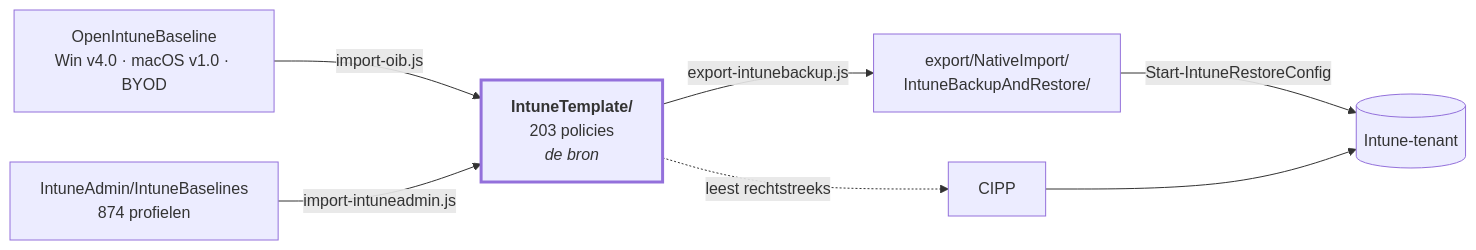
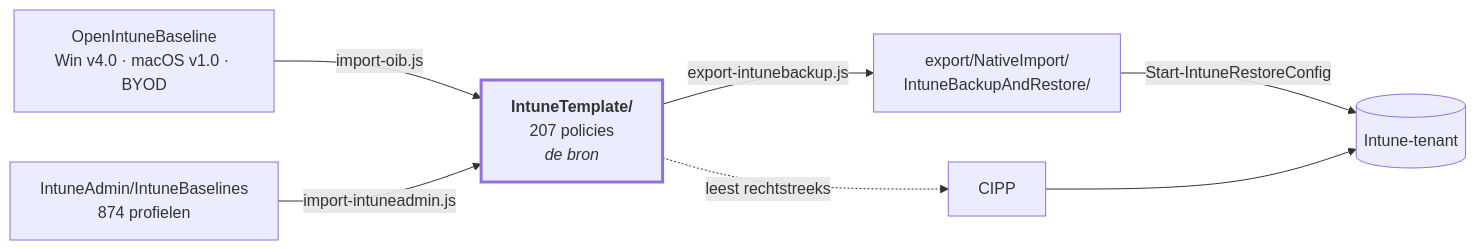
One commit to sjkanon/IntuneBackup changed the diagram in README.md. Above: the diagram before and after it, drawn with Mermaid. The commit also changed other lines of this file and 48 other files, not shown here.

````diff
--- a/README.md
+++ b/README.md
@@ -20,17 +20,17 @@
 ```mermaid
 flowchart LR
   OIB["OpenIntuneBaseline<br/>Win v4.0 · macOS v1.0 · BYOD"]
-  T["<b>IntuneTemplate/</b><br/>203 policies<br/><i>de bron</i>"]
+  T["<b>IntuneTemplate/</b><br/>207 policies<br/><i>de bron</i>"]
   EX["export/NativeImport/<br/>IntuneBackupAndRestore/"]
   TENANT[("Intune-tenant")]
 
   OIB -->|import-oib.js| T
   T -->|export-intunebackup.js| EX
   T -.->|leest rechtstreeks| CIPP[CIPP]
   EX -->|Start-IntuneRestoreConfig| TENANT
   CIPP --> TENANT
 
   IA["IntuneAdmin/IntuneBaselines<br/>874 profielen"] -->|import-intuneadmin.js| T
 
   style T stroke-width:3px
 ```
````
